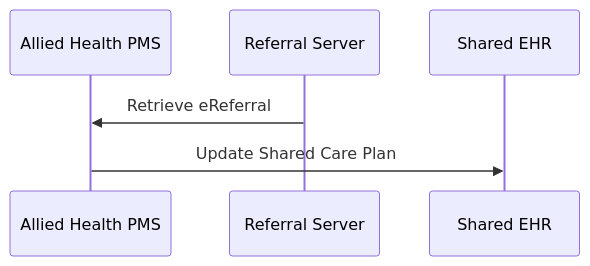
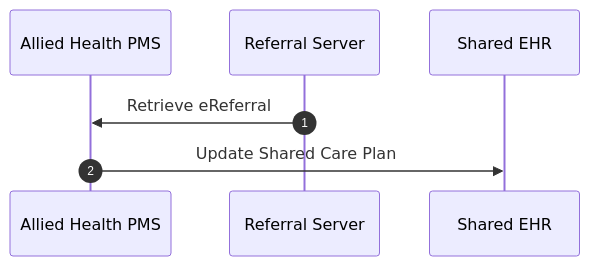
Before and after one commit to hl7au/au-fhir-test-data: the sixth of 7 diagrams in au-fhir-test-data-set/connected-care/Alex Story Interactions.md, drawn with Mermaid. The commit also changed other lines of this file, not shown here.

````diff
--- a/au-fhir-test-data-set/connected-care/Alex Story Interactions.md
+++ b/au-fhir-test-data-set/connected-care/Alex Story Interactions.md
@@ -158,11 +168,11 @@
 ```mermaid
 sequenceDiagram
-
+    autonumber
     participant PMS as Allied Health PMS
     participant RefSvr as Referral Server
     participant EHRSvr as Shared EHR
 
     RefSvr->>PMS: Retrieve eReferral
     
     PMS->>EHRSvr: Update Shared Care Plan
 ```
````
